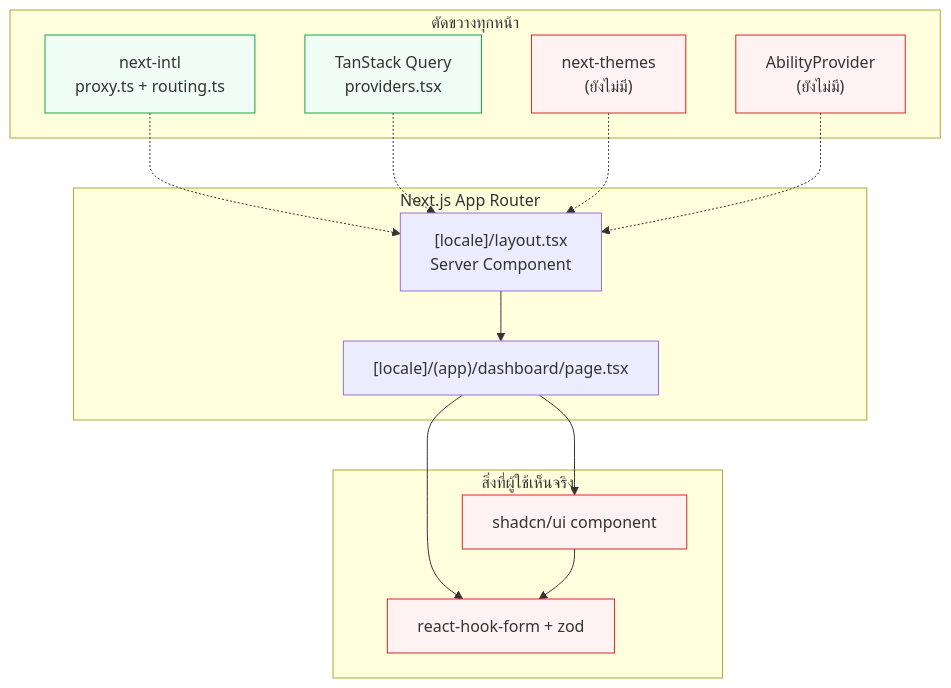
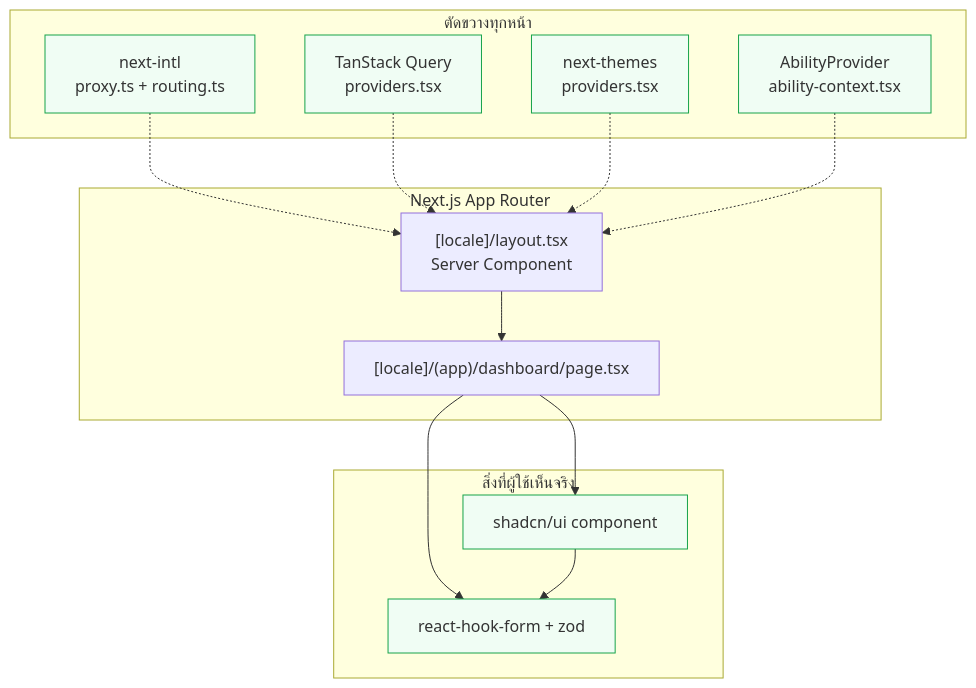
The diagram in apps/docs/frontend/overview.md (bk-engineering/app-platform), drawn with Mermaid before and after one commit. The commit also changed other lines of this file and 25 other files, not shown here.

````diff
--- a/apps/docs/frontend/overview.md
+++ b/apps/docs/frontend/overview.md
@@ -29,33 +29,31 @@
 ```mermaid
 flowchart TB
   subgraph Routing["Next.js App Router"]
     L["[locale]/layout.tsx<br/>Server Component"]
     P["[locale]/(app)/dashboard/page.tsx"]
   end
 
   subgraph CrossCutting["ตัดขวางทุกหน้า"]
     I18N["next-intl<br/>proxy.ts + routing.ts"]
     Q["TanStack Query<br/>providers.tsx"]
-    TH["next-themes<br/>(ยังไม่มี)"]
-    AB["AbilityProvider<br/>(ยังไม่มี)"]
+    TH["next-themes<br/>providers.tsx"]
+    AB["AbilityProvider<br/>ability-context.tsx"]
   end
 
   subgraph Leaf["สิ่งที่ผู้ใช้เห็นจริง"]
     UI["shadcn/ui component"]
     FORM["react-hook-form + zod"]
   end
 
   L --> P
   I18N -.-> L
   Q -.-> L
   TH -.-> L
   AB -.-> L
   P --> UI
   P --> FORM
   UI --> FORM
 
   classDef done fill:#f0fdf4,stroke:#16a34a
-  classDef todo fill:#fef2f2,stroke:#dc2626
-  class I18N,Q done
-  class TH,AB,UI,FORM todo
+  class I18N,Q,TH,AB,UI,FORM done
 ```
````
